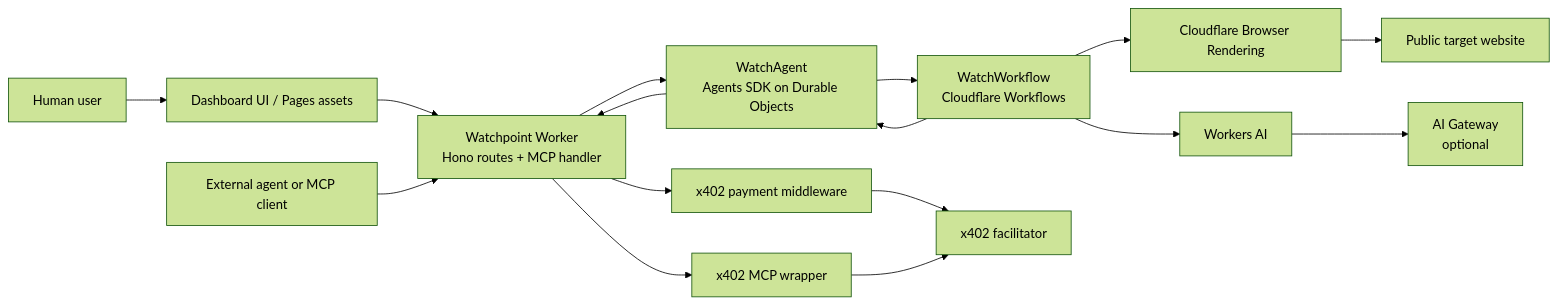
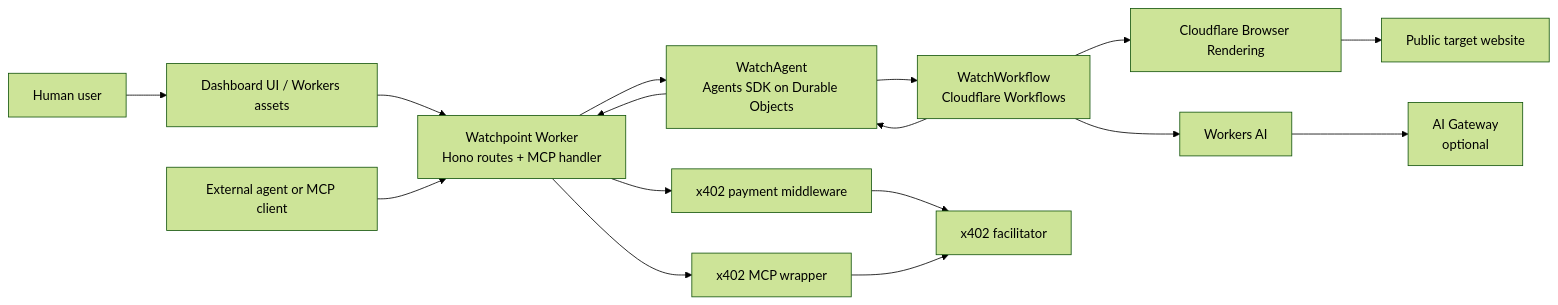
The first of 2 diagrams in README.md (zeroaddresss/cf_ai_watchpoint), drawn with Mermaid (forest theme) before and after one commit. The commit also changed other lines of this file, not shown here.

````diff
--- a/README.md
+++ b/README.md
@@ -72,34 +53,34 @@
 ```mermaid
 flowchart LR
     User[Human user]
     AgentClient[External agent or MCP client]
-    BrowserUI[Dashboard UI / Pages assets]
+    BrowserUI[Dashboard UI / Workers assets]
     Worker[Watchpoint Worker\nHono routes + MCP handler]
     WatchAgent[WatchAgent\nAgents SDK on Durable Objects]
     Workflow[WatchWorkflow\nCloudflare Workflows]
     BrowserRendering[Cloudflare Browser Rendering]
     WorkersAI[Workers AI]
     AIGateway[AI Gateway\noptional]
     TargetSite[Public target website]
     X402HTTP[x402 payment middleware]
     X402MCP[x402 MCP wrapper]
     Facilitator[x402 facilitator]
 
     User --> BrowserUI
     BrowserUI --> Worker
 
     AgentClient --> Worker
     Worker --> X402HTTP
     Worker --> X402MCP
     X402HTTP --> Facilitator
     X402MCP --> Facilitator
 
     Worker --> WatchAgent
     WatchAgent --> Workflow
     Workflow --> BrowserRendering
     BrowserRendering --> TargetSite
     Workflow --> WorkersAI
     WorkersAI --> AIGateway
     Workflow --> WatchAgent
     WatchAgent --> Worker
 ```
````
